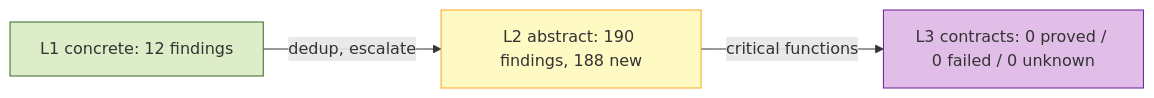
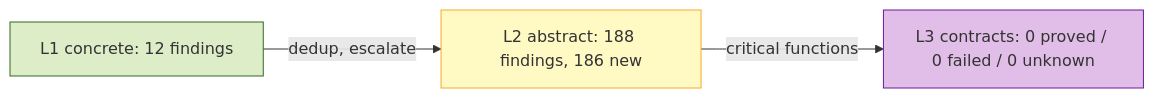
One commit to riantr/LunaFlow changed the first of 9 diagrams in reports/riantr_moonbit_static_analysis@latest_0.5.0.md. Above: the diagram before and after it, drawn with Mermaid. The commit also changed other lines of this file and 18 other files, not shown here.

````diff
--- a/reports/riantr_moonbit_static_analysis@latest_0.5.0.md
+++ b/reports/riantr_moonbit_static_analysis@latest_0.5.0.md
@@ -48,11 +48,11 @@
 ```mermaid
 flowchart LR
   classDef l1 fill:#dcedc8,stroke:#33691e
   classDef l2 fill:#fff9c4,stroke:#f9a825
   classDef l3 fill:#e1bee7,stroke:#6a1b9a
   L1["L1 concrete: 12 findings"]:::l1
-  L2["L2 abstract: 190 findings, 188 new"]:::l2
+  L2["L2 abstract: 188 findings, 186 new"]:::l2
   L3["L3 contracts: 0 proved / 0 failed / 0 unknown"]:::l3
   L1 -->|"dedup, escalate"| L2
   L2 -->|"critical functions"| L3
 ```
````
